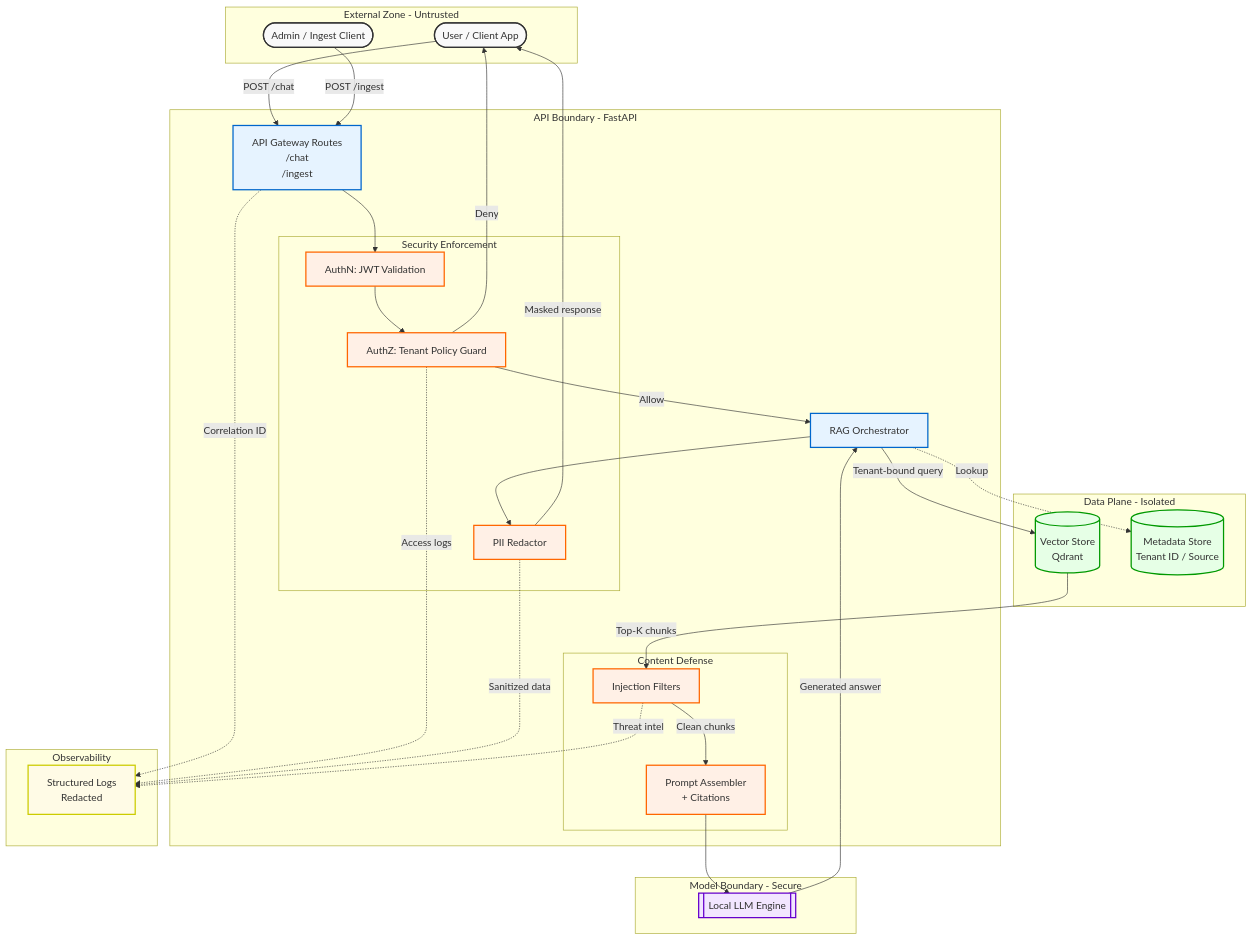
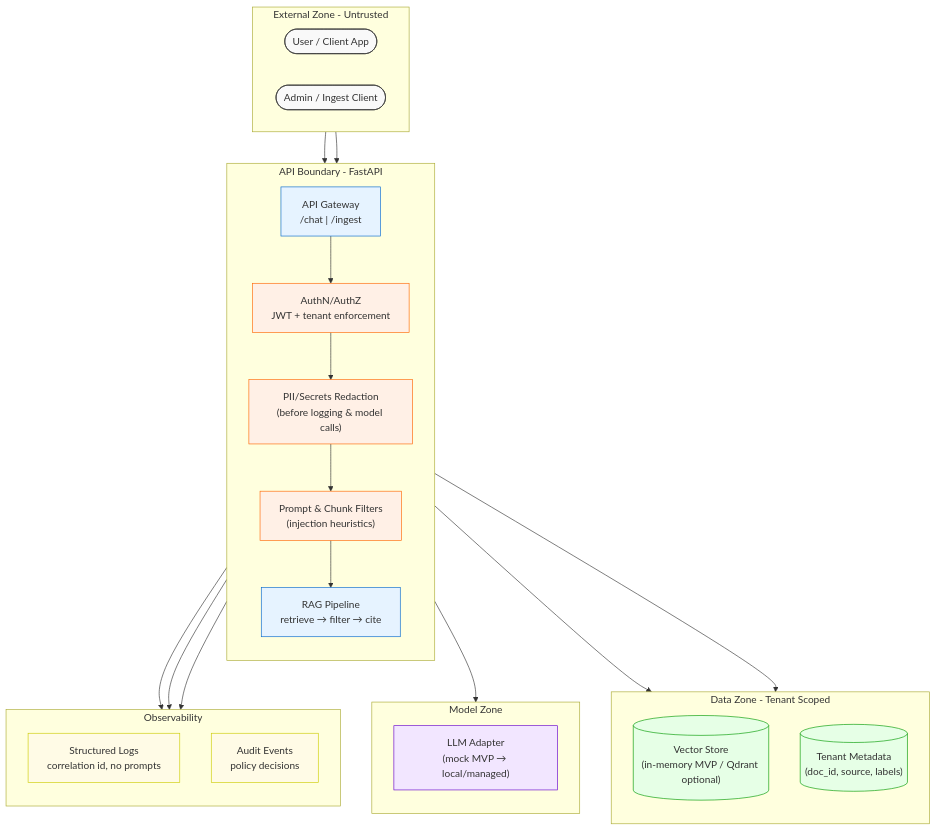
The diagram in diagrams/architecture.mmd (welldefreitas/secure-rag-pipeline), drawn with Mermaid before and after one commit. The commit also changed 47 other files, not shown here.

```diff
--- a/diagrams/architecture.mmd
+++ b/diagrams/architecture.mmd
@@ -1,79 +1,58 @@
-%% Secure RAG Pipeline Architecture - Optimized Layout (GitHub compatible)
+%% Secure RAG Pipeline Architecture (Mermaid)
+%% NOTE: Replace this file with your final approved diagram if you already have one.
+
 flowchart TD
 
-  %% Define Styles (GitHub supports classDef, may simplify colors if needed)
-  classDef external fill:#f9f9f9,stroke:#333,stroke-width:2px;
-  classDef api fill:#e6f3ff,stroke:#0066cc,stroke-width:2px;
-  classDef security fill:#fff0e6,stroke:#ff6600,stroke-width:2px;
-  classDef data fill:#e6ffe6,stroke:#009900,stroke-width:2px;
-  classDef llm fill:#f2e6ff,stroke:#6600cc,stroke-width:2px;
-  classDef obs fill:#fffbe6,stroke:#cccc00,stroke-width:2px;
+  %% Styles
+  classDef external fill:#f9f9f9,stroke:#333,stroke-width:1px;
+  classDef api fill:#e6f3ff,stroke:#0066cc,stroke-width:1px;
+  classDef security fill:#fff0e6,stroke:#ff6600,stroke-width:1px;
+  classDef data fill:#e6ffe6,stroke:#009900,stroke-width:1px;
+  classDef llm fill:#f2e6ff,stroke:#6600cc,stroke-width:1px;
+  classDef obs fill:#fffbe6,stroke:#cccc00,stroke-width:1px;
 
-  %% Zones
   subgraph EXT[External Zone - Untrusted]
-    USER([User / Client App]):::external
-    ADMIN([Admin / Ingest Client]):::external
+    direction LR
+    USER(["User / Client App"]):::external
+    ADMIN(["Admin / Ingest Client"]):::external
   end
 
   subgraph API_BOUNDARY[API Boundary - FastAPI]
-    GW[API Gateway Routes\n/chat\n/ingest]:::api
-
-    subgraph SECURITY_GATE[Security Enforcement]
-      AUTHN[AuthN: JWT Validation]:::security
-      AUTHZ[AuthZ: Tenant Policy Guard]:::security
-      REDACT[PII Redactor]:::security
-    end
-
-    RAG[RAG Orchestrator]:::api
-
-    subgraph CONTENT_DEFENSE[Content Defense]
-      FILTERS[Injection Filters]:::security
-      PROMPT[Prompt Assembler\n+ Citations]:::security
-    end
+    direction TB
+    GW["API Gateway\n/chat | /ingest"]:::api
+    AUTH["AuthN/AuthZ\nJWT + tenant enforcement"]:::security
+    REDACT["PII/Secrets Redaction\n(before logging & model calls)"]:::security
+    FILTERS["Prompt & Chunk Filters\n(injection heuristics)"]:::security
+    RAG["RAG Pipeline\nretrieve → filter → cite"]:::api
   end
 
-  subgraph DATA_PLANE[Data Plane - Isolated]
-    VS[(Vector Store\nQdrant)]:::data
-    MS[(Metadata Store\nTenant ID / Source)]:::data
+  subgraph DATA[Data Zone - Tenant Scoped]
+    direction TB
+    VDB[("Vector Store\n(in-memory MVP / Qdrant optional)")]:::data
+    META[("Tenant Metadata\n(doc_id, source, labels)")]:::data
   end
 
-  subgraph MODEL[Model Boundary - Secure]
-    LLM[[Local LLM Engine]]:::llm
+  subgraph LLMZONE[Model Zone]
+    direction TB
+    LLM["LLM Adapter\n(mock MVP → local/managed)"]:::llm
   end
 
   subgraph OBS[Observability]
-    LOGS[Structured Logs\nRedacted]:::obs
+    direction TB
+    LOGS["Structured Logs\ncorrelation id, no prompts"]:::obs
+    AUDIT["Audit Events\npolicy decisions"]:::obs
   end
 
-  %% --- Relationships and Flow ---
+  USER --> GW
+  ADMIN --> GW
 
-  %% Entry
-  USER -- "POST /chat" --> GW
-  ADMIN -- "POST /ingest" --> GW
+  GW --> AUTH --> REDACT --> FILTERS --> RAG
+  RAG --> VDB
+  RAG --> META
+  RAG --> LLM
 
-  %% Security chain
-  GW --> AUTHN --> AUTHZ
-  AUTHZ -- Allow --> RAG
-  AUTHZ -- Deny --> USER
+  GW --> LOGS
+  AUTH --> AUDIT
+  FILTERS --> AUDIT
 
-  %% Retrieval
-  RAG -- "Tenant-bound query" --> VS
-  RAG -. "Lookup" .-> MS
-
-  %% Defense
-  VS -- "Top-K chunks" --> FILTERS
-  FILTERS -- "Clean chunks" --> PROMPT
-
-  %% Generation
-  PROMPT --> LLM
-  LLM -- "Generated answer" --> RAG
-
-  %% Output + redaction
-  RAG --> REDACT
-  REDACT -- "Masked response" --> USER
-
-  %% Observability (dotted)
-  GW -. "Correlation ID" .-> LOGS
-  AUTHZ -. "Access logs" .-> LOGS
-  REDACT -. "Sanitized data" .-> LOGS
-  FILTERS -. "Threat intel" .-> LOGS
+  class USER,ADMIN external
```
